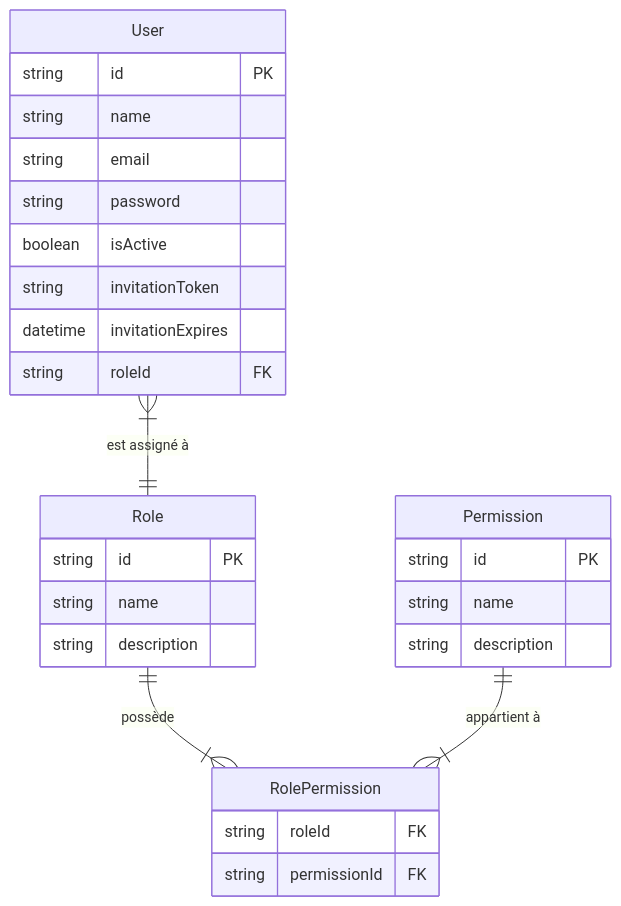
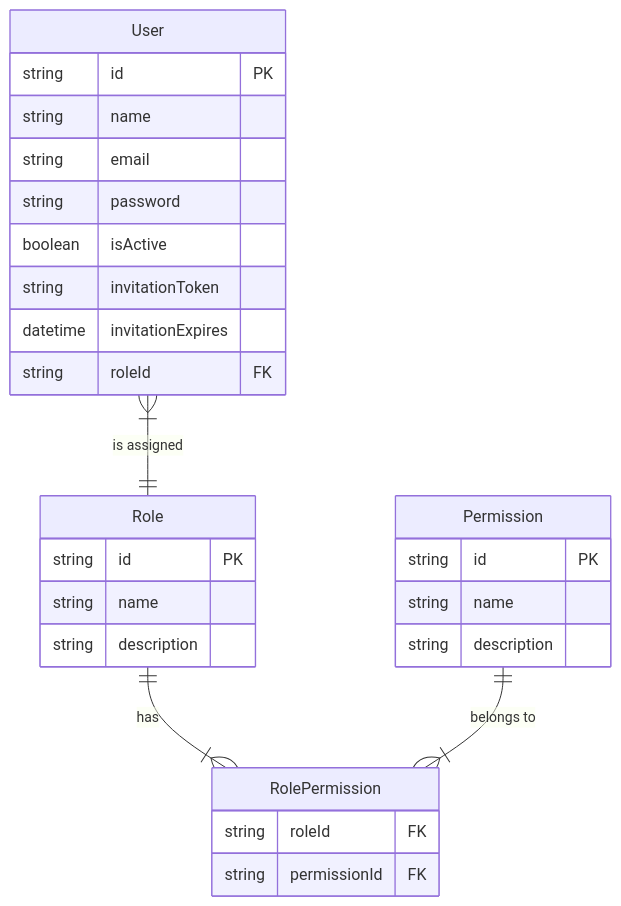
Before and after one commit to HarcheSamir/esisba-lirmm-ecommerce: the first of 5 diagrams in 15Aug.md, drawn with Mermaid. The commit also changed other lines of this file, not shown here.

````diff
--- a/15Aug.md
+++ b/15Aug.md
@@ -17,31 +17,31 @@
 ```mermaid
 erDiagram
     User {
         string id PK
         string name
         string email
         string password
         boolean isActive
         string invitationToken
         datetime invitationExpires
         string roleId FK
     }
     Role {
         string id PK
         string name
         string description
     }
     Permission {
         string id PK
         string name
         string description
     }
     RolePermission {
         string roleId FK
         string permissionId FK
     }
 
-    User }|--|| Role : "est assigné à"
-    Role ||--|{ RolePermission : "possède"
-    Permission ||--|{ RolePermission : "appartient à"
+    User }|--|| Role : "is assigned"
+    Role ||--|{ RolePermission : "has"
+    Permission ||--|{ RolePermission : "belongs to"
 ```
````
